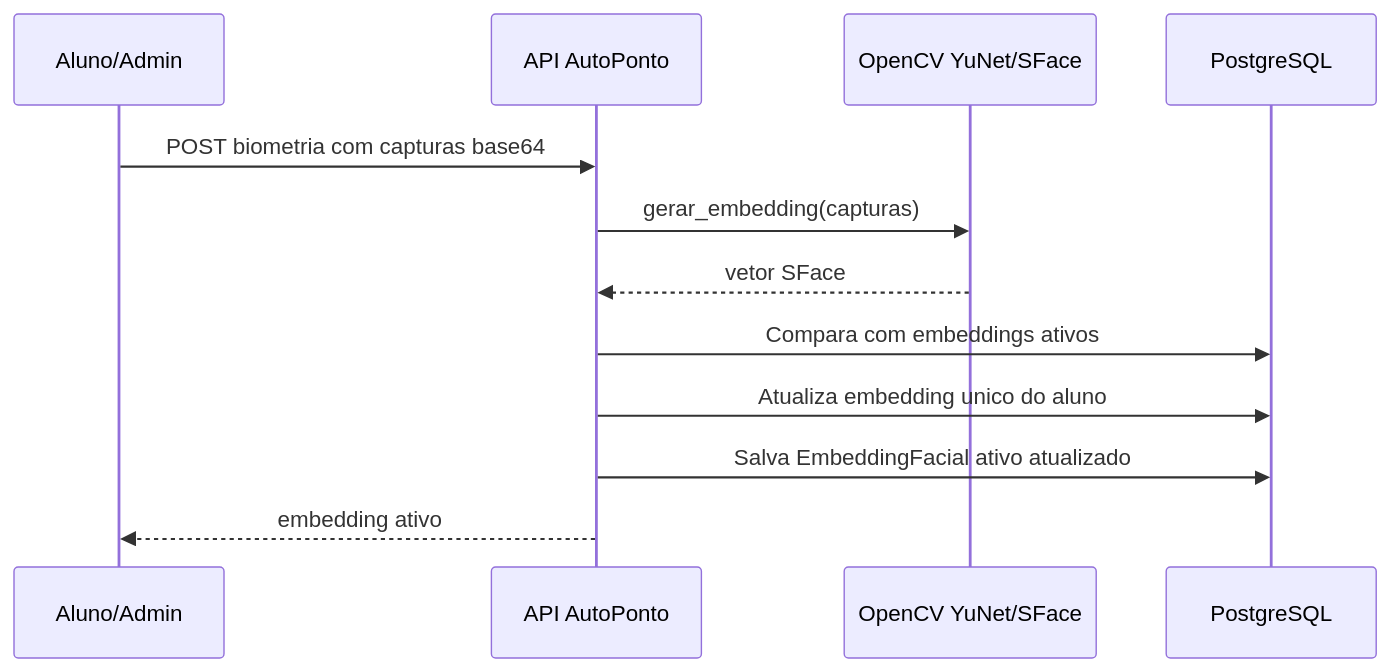
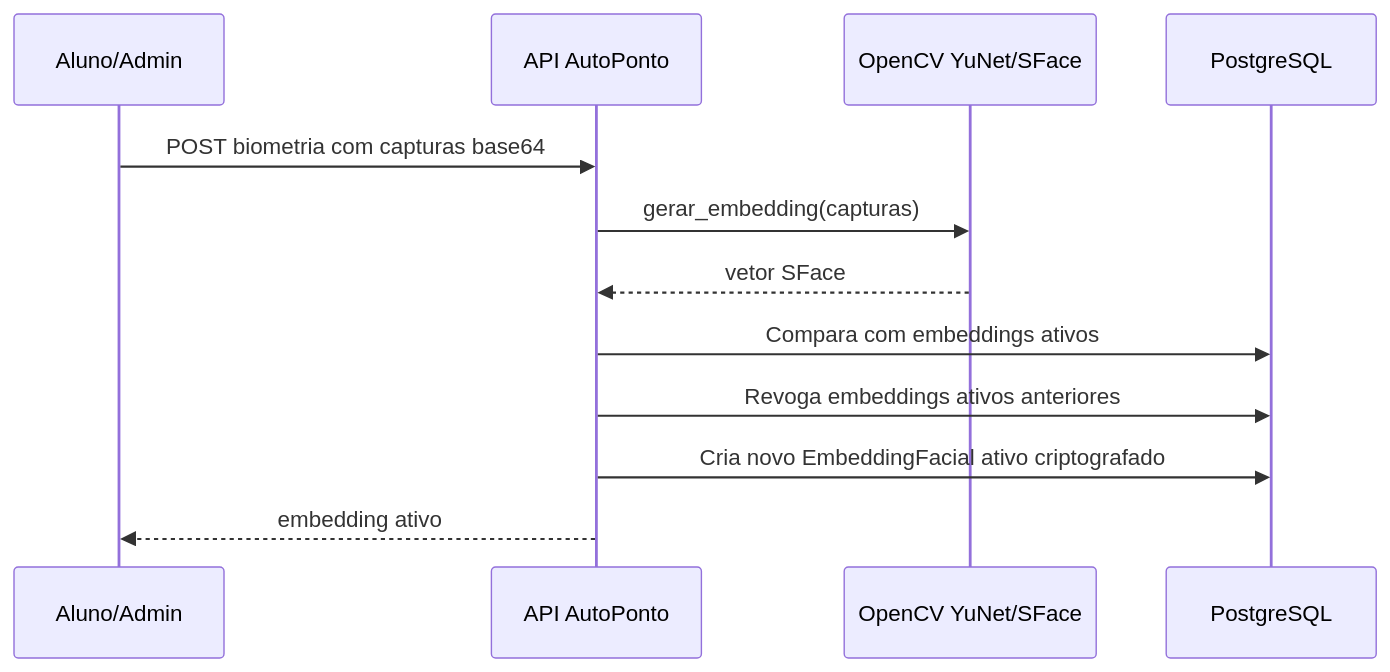
One commit to DanielKGM/autoponto changed the eighth of 10 diagrams in autoponto-backend/docs/diagramas-tcc.md. Above: the diagram before and after it, drawn with Mermaid. The commit also changed other lines of this file and 17 other files, not shown here.

First line of the commit message:
Refactor API documentation and frontend structure; update requirements and improve user flows

````diff
--- a/autoponto-backend/docs/diagramas-tcc.md
+++ b/autoponto-backend/docs/diagramas-tcc.md
@@ -167,15 +171,15 @@
 ```mermaid
 sequenceDiagram
     participant Usuario as Aluno/Admin
     participant API as API AutoPonto
     participant Visao as OpenCV YuNet/SFace
     participant DB as PostgreSQL
 
     Usuario->>API: POST biometria com capturas base64
     API->>Visao: gerar_embedding(capturas)
     Visao-->>API: vetor SFace
     API->>DB: Compara com embeddings ativos
-    API->>DB: Atualiza embedding unico do aluno
-    API->>DB: Salva EmbeddingFacial ativo atualizado
+    API->>DB: Revoga embeddings ativos anteriores
+    API->>DB: Cria novo EmbeddingFacial ativo criptografado
     API-->>Usuario: embedding ativo
 ```
````
